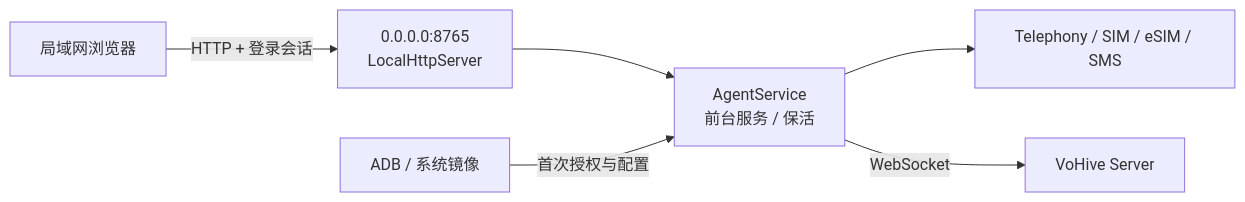
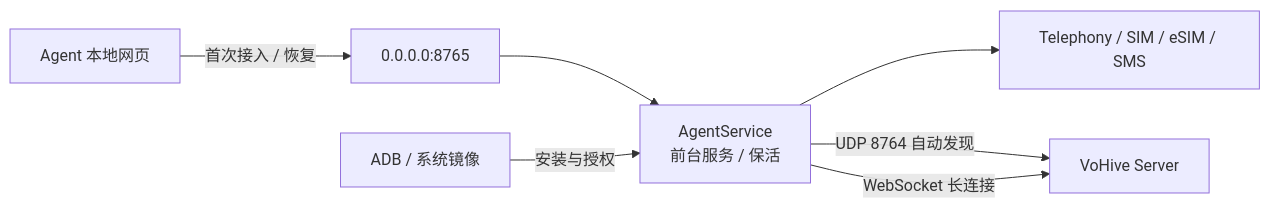
One commit to p3psi-boo/vohive changed the diagram in android-agent/README.md. Above: the diagram before and after it, drawn with Mermaid. The commit also changed other lines of this file and 28 other files, not shown here.

First line of the commit message:
feat: LAN discovery, Android enrollment flow, and web UI refresh

````diff
--- a/android-agent/README.md
+++ b/android-agent/README.md
@@ -7,8 +7,9 @@
-```mermaid
+~~~mermaid
 flowchart LR
-    B["局域网浏览器"] -->|"HTTP + 登录会话"| H["0.0.0.0:8765\nLocalHttpServer"]
+    B["Agent 本地网页"] -->|"首次接入 / 恢复"| H["0.0.0.0:8765"]
     H --> S["AgentService\n前台服务 / 保活"]
     S --> T["Telephony / SIM / eSIM / SMS"]
-    S -->|"WebSocket"| V["VoHive Server"]
-    A["ADB / 系统镜像"] -->|"首次授权与配置"| S
-```
+    S -->|"UDP 8764 自动发现"| V["VoHive Server"]
+    S -->|"WebSocket 长连接"| V
+    A["ADB / 系统镜像"] -->|"安装与授权"| S
+~~~
````
